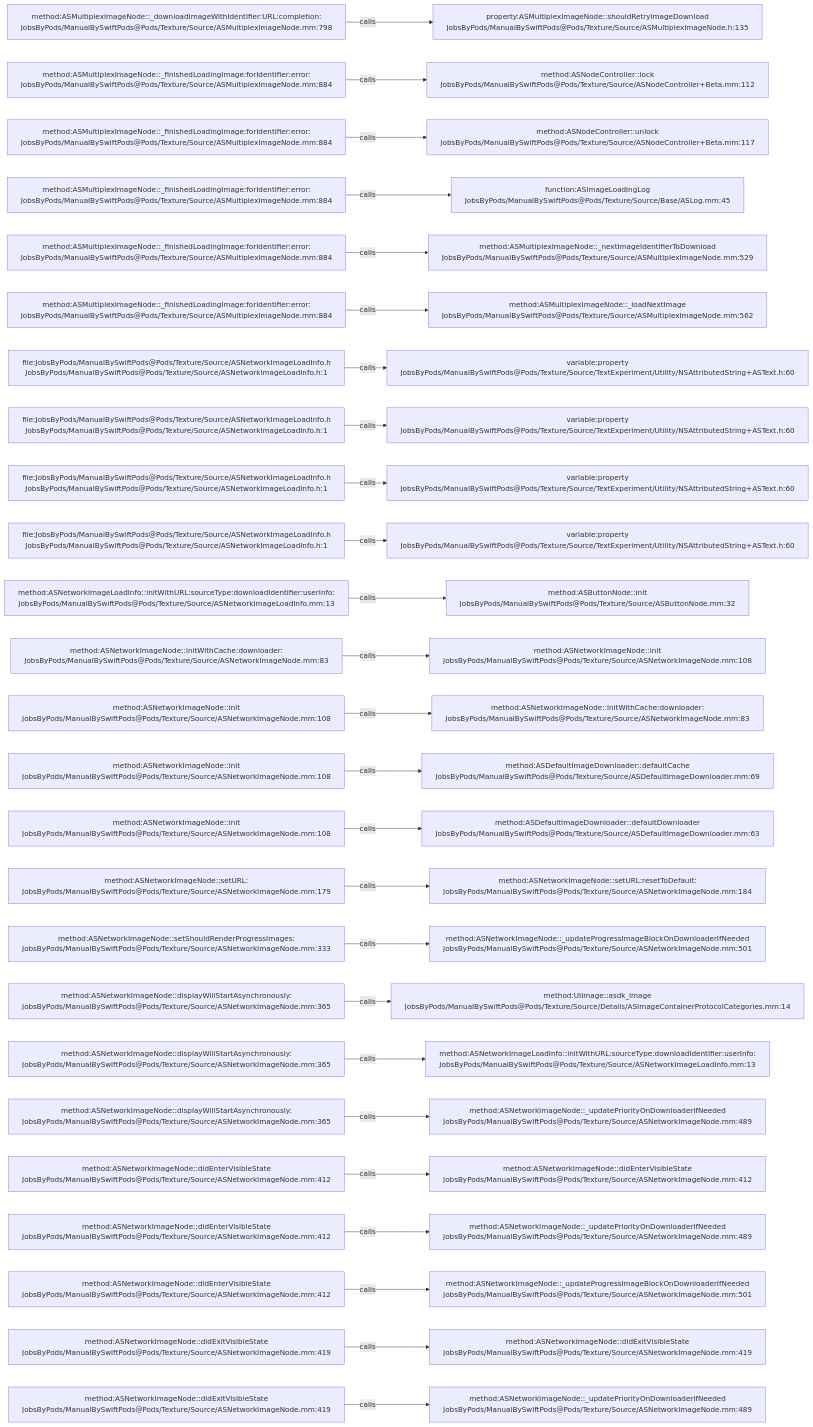
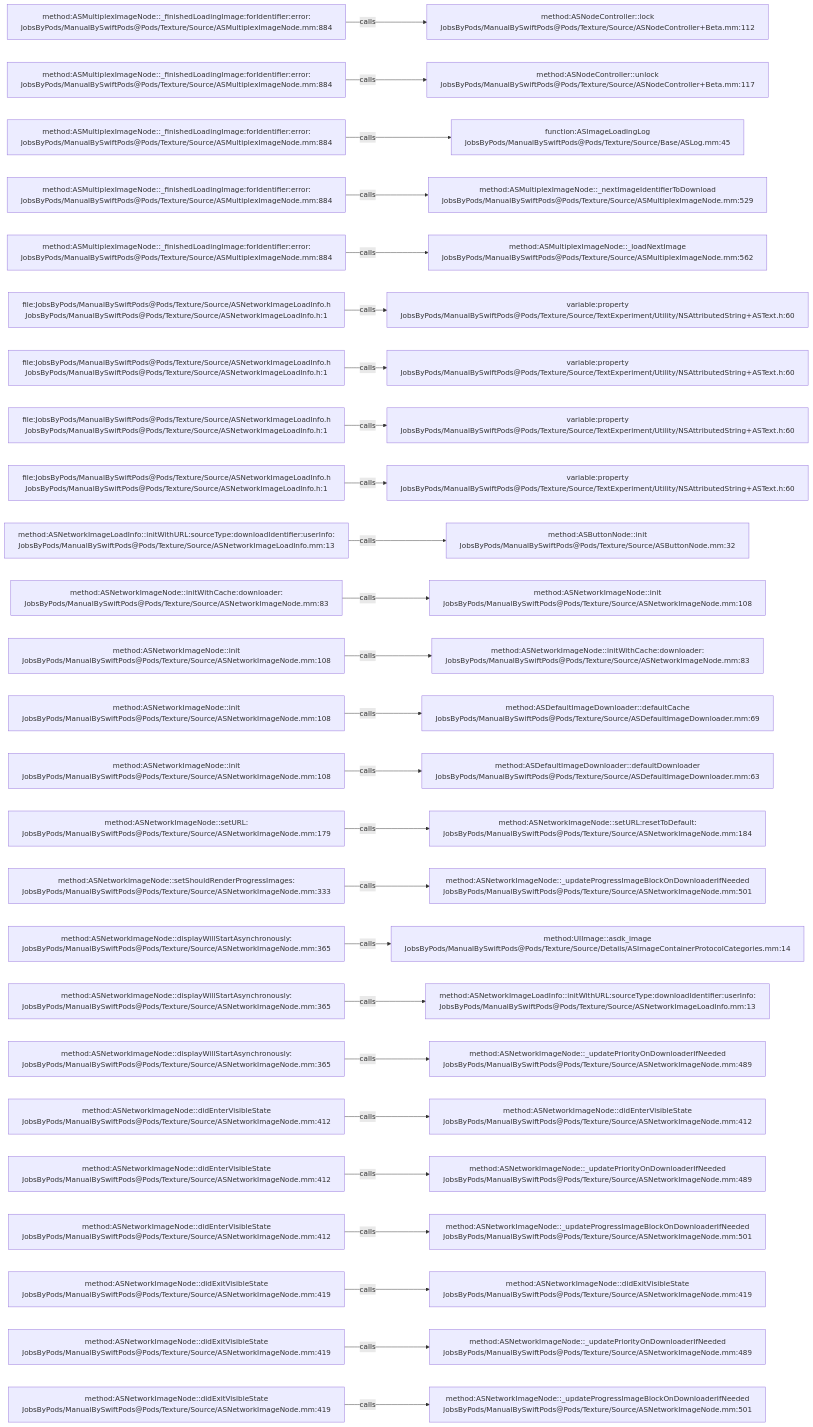
Before and after one commit to JobsKits/JobsSwiftBaseConfigDemo: the diagram in .codegraph/codegraph.md/graphs/calls-049.md, drawn with Mermaid. The commit also changed 747 other files, not shown here.

````diff
--- a/.codegraph/codegraph.md/graphs/calls-049.md
+++ b/.codegraph/codegraph.md/graphs/calls-049.md
@@ -13,78 +13,78 @@
 ```mermaid
 flowchart LR
-  S1["method:ASMultiplexImageNode::_downloadImageWithIdentifier:URL:completion:<br/>JobsByPods/ManualBySwiftPods@Pods/Texture/Source/ASMultiplexImageNode.mm:798"]
-  T1["property:ASMultiplexImageNode::shouldRetryImageDownload<br/>JobsByPods/ManualBySwiftPods@Pods/Texture/Source/ASMultiplexImageNode.h:135"]
+  S1["method:ASMultiplexImageNode::_finishedLoadingImage:forIdentifier:error:<br/>JobsByPods/ManualBySwiftPods@Pods/Texture/Source/ASMultiplexImageNode.mm:884"]
+  T1["method:ASNodeController::lock<br/>JobsByPods/ManualBySwiftPods@Pods/Texture/Source/ASNodeController+Beta.mm:112"]
   S1 -->|calls| T1
   S2["method:ASMultiplexImageNode::_finishedLoadingImage:forIdentifier:error:<br/>JobsByPods/ManualBySwiftPods@Pods/Texture/Source/ASMultiplexImageNode.mm:884"]
-  T2["method:ASNodeController::lock<br/>JobsByPods/ManualBySwiftPods@Pods/Texture/Source/ASNodeController+Beta.mm:112"]
+  T2["method:ASNodeController::unlock<br/>JobsByPods/ManualBySwiftPods@Pods/Texture/Source/ASNodeController+Beta.mm:117"]
   S2 -->|calls| T2
   S3["method:ASMultiplexImageNode::_finishedLoadingImage:forIdentifier:error:<br/>JobsByPods/ManualBySwiftPods@Pods/Texture/Source/ASMultiplexImageNode.mm:884"]
-  T3["method:ASNodeController::unlock<br/>JobsByPods/ManualBySwiftPods@Pods/Texture/Source/ASNodeController+Beta.mm:117"]
+  T3["function:ASImageLoadingLog<br/>JobsByPods/ManualBySwiftPods@Pods/Texture/Source/Base/ASLog.mm:45"]
   S3 -->|calls| T3
   S4["method:ASMultiplexImageNode::_finishedLoadingImage:forIdentifier:error:<br/>JobsByPods/ManualBySwiftPods@Pods/Texture/Source/ASMultiplexImageNode.mm:884"]
-  T4["function:ASImageLoadingLog<br/>JobsByPods/ManualBySwiftPods@Pods/Texture/Source/Base/ASLog.mm:45"]
+  T4["method:ASMultiplexImageNode::_nextImageIdentifierToDownload<br/>JobsByPods/ManualBySwiftPods@Pods/Texture/Source/ASMultiplexImageNode.mm:529"]
   S4 -->|calls| T4
   S5["method:ASMultiplexImageNode::_finishedLoadingImage:forIdentifier:error:<br/>JobsByPods/ManualBySwiftPods@Pods/Texture/Source/ASMultiplexImageNode.mm:884"]
-  T5["method:ASMultiplexImageNode::_nextImageIdentifierToDownload<br/>JobsByPods/ManualBySwiftPods@Pods/Texture/Source/ASMultiplexImageNode.mm:529"]
+  T5["method:ASMultiplexImageNode::_loadNextImage<br/>JobsByPods/ManualBySwiftPods@Pods/Texture/Source/ASMultiplexImageNode.mm:562"]
   S5 -->|calls| T5
-  S6["method:ASMultiplexImageNode::_finishedLoadingImage:forIdentifier:error:<br/>JobsByPods/ManualBySwiftPods@Pods/Texture/Source/ASMultiplexImageNode.mm:884"]
-  T6["method:ASMultiplexImageNode::_loadNextImage<br/>JobsByPods/ManualBySwiftPods@Pods/Texture/Source/ASMultiplexImageNode.mm:562"]
+  S6["file:JobsByPods/ManualBySwiftPods@Pods/Texture/Source/ASNetworkImageLoadInfo.h<br/>JobsByPods/ManualBySwiftPods@Pods/Texture/Source/ASNetworkImageLoadInfo.h:1"]
+  T6["variable:property<br/>JobsByPods/ManualBySwiftPods@Pods/Texture/Source/TextExperiment/Utility/NSAttributedString+ASText.h:60"]
   S6 -->|calls| T6
   S7["file:JobsByPods/ManualBySwiftPods@Pods/Texture/Source/ASNetworkImageLoadInfo.h<br/>JobsByPods/ManualBySwiftPods@Pods/Texture/Source/ASNetworkImageLoadInfo.h:1"]
   T7["variable:property<br/>JobsByPods/ManualBySwiftPods@Pods/Texture/Source/TextExperiment/Utility/NSAttributedString+ASText.h:60"]
   S7 -->|calls| T7
   S8["file:JobsByPods/ManualBySwiftPods@Pods/Texture/Source/ASNetworkImageLoadInfo.h<br/>JobsByPods/ManualBySwiftPods@Pods/Texture/Source/ASNetworkImageLoadInfo.h:1"]
   T8["variable:property<br/>JobsByPods/ManualBySwiftPods@Pods/Texture/Source/TextExperiment/Utility/NSAttributedString+ASText.h:60"]
   S8 -->|calls| T8
   S9["file:JobsByPods/ManualBySwiftPods@Pods/Texture/Source/ASNetworkImageLoadInfo.h<br/>JobsByPods/ManualBySwiftPods@Pods/Texture/Source/ASNetworkImageLoadInfo.h:1"]
   T9["variable:property<br/>JobsByPods/ManualBySwiftPods@Pods/Texture/Source/TextExperiment/Utility/NSAttributedString+ASText.h:60"]
   S9 -->|calls| T9
-  S10["file:JobsByPods/ManualBySwiftPods@Pods/Texture/Source/ASNetworkImageLoadInfo.h<br/>JobsByPods/ManualBySwiftPods@Pods/Texture/Source/ASNetworkImageLoadInfo.h:1"]
-  T10["variable:property<br/>JobsByPods/ManualBySwiftPods@Pods/Texture/Source/TextExperiment/Utility/NSAttributedString+ASText.h:60"]
+  S10["method:ASNetworkImageLoadInfo::initWithURL:sourceType:downloadIdentifier:userInfo:<br/>JobsByPods/ManualBySwiftPods@Pods/Texture/Source/ASNetworkImageLoadInfo.mm:13"]
+  T10["method:ASButtonNode::init<br/>JobsByPods/ManualBySwiftPods@Pods/Texture/Source/ASButtonNode.mm:32"]
   S10 -->|calls| T10
-  S11["method:ASNetworkImageLoadInfo::initWithURL:sourceType:downloadIdentifier:userInfo:<br/>JobsByPods/ManualBySwiftPods@Pods/Texture/Source/ASNetworkImageLoadInfo.mm:13"]
-  T11["method:ASButtonNode::init<br/>JobsByPods/ManualBySwiftPods@Pods/Texture/Source/ASButtonNode.mm:32"]
+  S11["method:ASNetworkImageNode::initWithCache:downloader:<br/>JobsByPods/ManualBySwiftPods@Pods/Texture/Source/ASNetworkImageNode.mm:83"]
+  T11["method:ASNetworkImageNode::init<br/>JobsByPods/ManualBySwiftPods@Pods/Texture/Source/ASNetworkImageNode.mm:108"]
   S11 -->|calls| T11
-  S12["method:ASNetworkImageNode::initWithCache:downloader:<br/>JobsByPods/ManualBySwiftPods@Pods/Texture/Source/ASNetworkImageNode.mm:83"]
-  T12["method:ASNetworkImageNode::init<br/>JobsByPods/ManualBySwiftPods@Pods/Texture/Source/ASNetworkImageNode.mm:108"]
+  S12["method:ASNetworkImageNode::init<br/>JobsByPods/ManualBySwiftPods@Pods/Texture/Source/ASNetworkImageNode.mm:108"]
+  T12["method:ASNetworkImageNode::initWithCache:downloader:<br/>JobsByPods/ManualBySwiftPods@Pods/Texture/Source/ASNetworkImageNode.mm:83"]
   S12 -->|calls| T12
   S13["method:ASNetworkImageNode::init<br/>JobsByPods/ManualBySwiftPods@Pods/Texture/Source/ASNetworkImageNode.mm:108"]
-  T13["method:ASNetworkImageNode::initWithCache:downloader:<br/>JobsByPods/ManualBySwiftPods@Pods/Texture/Source/ASNetworkImageNode.mm:83"]
+  T13["method:ASDefaultImageDownloader::defaultCache<br/>JobsByPods/ManualBySwiftPods@Pods/Texture/Source/ASDefaultImageDownloader.mm:69"]
   S13 -->|calls| T13
   S14["method:ASNetworkImageNode::init<br/>JobsByPods/ManualBySwiftPods@Pods/Texture/Source/ASNetworkImageNode.mm:108"]
-  T14["method:ASDefaultImageDownloader::defaultCache<br/>JobsByPods/ManualBySwiftPods@Pods/Texture/Source/ASDefaultImageDownloader.mm:69"]
+  T14["method:ASDefaultImageDownloader::defaultDownloader<br/>JobsByPods/ManualBySwiftPods@Pods/Texture/Source/ASDefaultImageDownloader.mm:63"]
   S14 -->|calls| T14
-  S15["method:ASNetworkImageNode::init<br/>JobsByPods/ManualBySwiftPods@Pods/Texture/Source/ASNetworkImageNode.mm:108"]
-  T15["method:ASDefaultImageDownloader::defaultDownloader<br/>JobsByPods/ManualBySwiftPods@Pods/Texture/Source/ASDefaultImageDownloader.mm:63"]
+  S15["method:ASNetworkImageNode::setURL:<br/>JobsByPods/ManualBySwiftPods@Pods/Texture/Source/ASNetworkImageNode.mm:179"]
+  T15["method:ASNetworkImageNode::setURL:resetToDefault:<br/>JobsByPods/ManualBySwiftPods@Pods/Texture/Source/ASNetworkImageNode.mm:184"]
   S15 -->|calls| T15
-  S16["method:ASNetworkImageNode::setURL:<br/>JobsByPods/ManualBySwiftPods@Pods/Texture/Source/ASNetworkImageNode.mm:179"]
-  T16["method:ASNetworkImageNode::setURL:resetToDefault:<br/>JobsByPods/ManualBySwiftPods@Pods/Texture/Source/ASNetworkImageNode.mm:184"]
+  S16["method:ASNetworkImageNode::setShouldRenderProgressImages:<br/>JobsByPods/ManualBySwiftPods@Pods/Texture/Source/ASNetworkImageNode.mm:333"]
+  T16["method:ASNetworkImageNode::_updateProgressImageBlockOnDownloaderIfNeeded<br/>JobsByPods/ManualBySwiftPods@Pods/Texture/Source/ASNetworkImageNode.mm:501"]
   S16 -->|calls| T16
-  S17["method:ASNetworkImageNode::setShouldRenderProgressImages:<br/>JobsByPods/ManualBySwiftPods@Pods/Texture/Source/ASNetworkImageNode.mm:333"]
-  T17["method:ASNetworkImageNode::_updateProgressImageBlockOnDownloaderIfNeeded<br/>JobsByPods/ManualBySwiftPods@Pods/Texture/Source/ASNetworkImageNode.mm:501"]
+  S17["method:ASNetworkImageNode::displayWillStartAsynchronously:<br/>JobsByPods/ManualBySwiftPods@Pods/Texture/Source/ASNetworkImageNode.mm:365"]
+  T17["method:UIImage::asdk_image<br/>JobsByPods/ManualBySwiftPods@Pods/Texture/Source/Details/ASImageContainerProtocolCategories.mm:14"]
   S17 -->|calls| T17
   S18["method:ASNetworkImageNode::displayWillStartAsynchronously:<br/>JobsByPods/ManualBySwiftPods@Pods/Texture/Source/ASNetworkImageNode.mm:365"]
-  T18["method:UIImage::asdk_image<br/>JobsByPods/ManualBySwiftPods@Pods/Texture/Source/Details/ASImageContainerProtocolCategories.mm:14"]
+  T18["method:ASNetworkImageLoadInfo::initWithURL:sourceType:downloadIdentifier:userInfo:<br/>JobsByPods/ManualBySwiftPods@Pods/Texture/Source/ASNetworkImageLoadInfo.mm:13"]
   S18 -->|calls| T18
   S19["method:ASNetworkImageNode::displayWillStartAsynchronously:<br/>JobsByPods/ManualBySwiftPods@Pods/Texture/Source/ASNetworkImageNode.mm:365"]
-  T19["method:ASNetworkImageLoadInfo::initWithURL:sourceType:downloadIdentifier:userInfo:<br/>JobsByPods/ManualBySwiftPods@Pods/Texture/Source/ASNetworkImageLoadInfo.mm:13"]
+  T19["method:ASNetworkImageNode::_updatePriorityOnDownloaderIfNeeded<br/>JobsByPods/ManualBySwiftPods@Pods/Texture/Source/ASNetworkImageNode.mm:489"]
   S19 -->|calls| T19
-  S20["method:ASNetworkImageNode::displayWillStartAsynchronously:<br/>JobsByPods/ManualBySwiftPods@Pods/Texture/Source/ASNetworkImageNode.mm:365"]
-  T20["method:ASNetworkImageNode::_updatePriorityOnDownloaderIfNeeded<br/>JobsByPods/ManualBySwiftPods@Pods/Texture/Source/ASNetworkImageNode.mm:489"]
+  S20["method:ASNetworkImageNode::didEnterVisibleState<br/>JobsByPods/ManualBySwiftPods@Pods/Texture/Source/ASNetworkImageNode.mm:412"]
+  T20["method:ASNetworkImageNode::didEnterVisibleState<br/>JobsByPods/ManualBySwiftPods@Pods/Texture/Source/ASNetworkImageNode.mm:412"]
   S20 -->|calls| T20
   S21["method:ASNetworkImageNode::didEnterVisibleState<br/>JobsByPods/ManualBySwiftPods@Pods/Texture/Source/ASNetworkImageNode.mm:412"]
-  T21["method:ASNetworkImageNode::didEnterVisibleState<br/>JobsByPods/ManualBySwiftPods@Pods/Texture/Source/ASNetworkImageNode.mm:412"]
+  T21["method:ASNetworkImageNode::_updatePriorityOnDownloaderIfNeeded<br/>JobsByPods/ManualBySwiftPods@Pods/Texture/Source/ASNetworkImageNode.mm:489"]
   S21 -->|calls| T21
   S22["method:ASNetworkImageNode::didEnterVisibleState<br/>JobsByPods/ManualBySwiftPods@Pods/Texture/Source/ASNetworkImageNode.mm:412"]
-  T22["method:ASNetworkImageNode::_updatePriorityOnDownloaderIfNeeded<br/>JobsByPods/ManualBySwiftPods@Pods/Texture/Source/ASNetworkImageNode.mm:489"]
+  T22["method:ASNetworkImageNode::_updateProgressImageBlockOnDownloaderIfNeeded<br/>JobsByPods/ManualBySwiftPods@Pods/Texture/Source/ASNetworkImageNode.mm:501"]
   S22 -->|calls| T22
-  S23["method:ASNetworkImageNode::didEnterVisibleState<br/>JobsByPods/ManualBySwiftPods@Pods/Texture/Source/ASNetworkImageNode.mm:412"]
-  T23["method:ASNetworkImageNode::_updateProgressImageBlockOnDownloaderIfNeeded<br/>JobsByPods/ManualBySwiftPods@Pods/Texture/Source/ASNetworkImageNode.mm:501"]
+  S23["method:ASNetworkImageNode::didExitVisibleState<br/>JobsByPods/ManualBySwiftPods@Pods/Texture/Source/ASNetworkImageNode.mm:419"]
+  T23["method:ASNetworkImageNode::didExitVisibleState<br/>JobsByPods/ManualBySwiftPods@Pods/Texture/Source/ASNetworkImageNode.mm:419"]
   S23 -->|calls| T23
   S24["method:ASNetworkImageNode::didExitVisibleState<br/>JobsByPods/ManualBySwiftPods@Pods/Texture/Source/ASNetworkImageNode.mm:419"]
-  T24["method:ASNetworkImageNode::didExitVisibleState<br/>JobsByPods/ManualBySwiftPods@Pods/Texture/Source/ASNetworkImageNode.mm:419"]
+  T24["method:ASNetworkImageNode::_updatePriorityOnDownloaderIfNeeded<br/>JobsByPods/ManualBySwiftPods@Pods/Texture/Source/ASNetworkImageNode.mm:489"]
   S24 -->|calls| T24
   S25["method:ASNetworkImageNode::didExitVisibleState<br/>JobsByPods/ManualBySwiftPods@Pods/Texture/Source/ASNetworkImageNode.mm:419"]
-  T25["method:ASNetworkImageNode::_updatePriorityOnDownloaderIfNeeded<br/>JobsByPods/ManualBySwiftPods@Pods/Texture/Source/ASNetworkImageNode.mm:489"]
+  T25["method:ASNetworkImageNode::_updateProgressImageBlockOnDownloaderIfNeeded<br/>JobsByPods/ManualBySwiftPods@Pods/Texture/Source/ASNetworkImageNode.mm:501"]
   S25 -->|calls| T25
 ```
````
